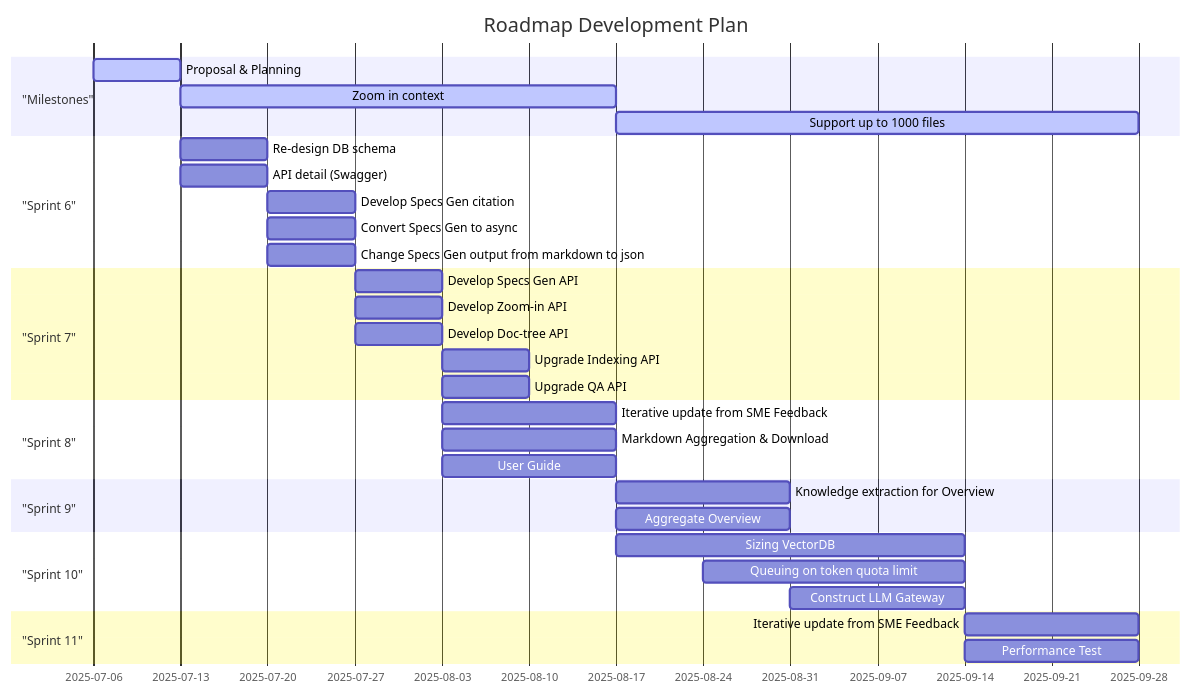
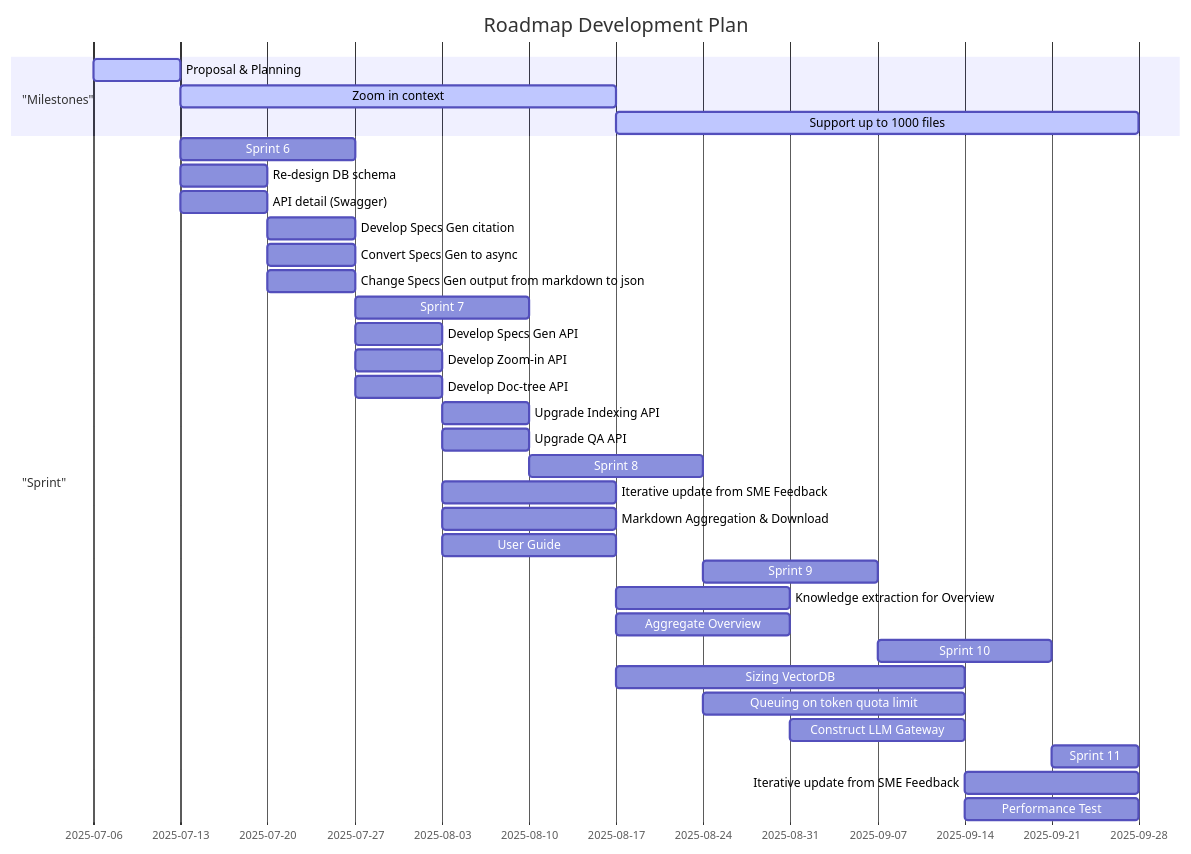
One commit to anhttmle/CAIO changed the diagram in C2B/Phase 2/Roadmap.md. Above: the diagram before and after it, drawn with Mermaid.

````diff
--- a/C2B/Phase 2/Roadmap.md
+++ b/C2B/Phase 2/Roadmap.md
@@ -3,51 +3,51 @@
 ```mermaid
 
 gantt
     title Roadmap Development Plan
     dateFormat  YYYY-MM-DD
     axisFormat  %Y-%m-%d
 
     section "Milestones"
     Proposal & Planning                     :active, zoom, 2025-07-06, 2025-07-13
     Zoom in context                     :active, zoom, 2025-07-13, 2025-08-17
     Support up to 1000 files           :active, scale_up, 2025-08-17, 2025-09-28
 
-    section "Sprint 6"
+    section "Sprint"
+    Sprint 6                        :sprint_6, 2025-07-13, 2025-07-27
     Re-design DB schema                :db_schema, 2025-07-13, 2025-07-20
     API detail (Swagger)            :doc_api, 2025-07-13, 2025-07-20
 
     Develop Specs Gen citation             :citation_api, 2025-07-20, 2025-07-27
     Convert Specs Gen to async         :specs_async, 2025-07-20, 2025-07-27
     Change Specs Gen output from markdown to json             :convert_json, 2025-07-20, 2025-07-27
 
-    section "Sprint 7"
+    Sprint 7                        :sprint_7, 2025-07-27, 2025-08-10
     Develop Specs Gen API   :gen_specs, 2025-07-27, 2025-08-03
     Develop Zoom-in API   :zoom-in, 2025-07-27, 2025-08-03
     Develop Doc-tree API   :doc-tree, 2025-07-27, 2025-08-03
 
     Upgrade Indexing API    :index_api, 2025-08-03, 2025-08-10
     Upgrade QA API    :qa_api, 2025-08-03, 2025-08-10
 
-    section "Sprint 8"
-
+    Sprint 8                        :sprint_8, 2025-08-10, 2025-08-24
     Iterative update from SME Feedback  :optimize, 2025-08-03, 2025-08-17
     Markdown Aggregation & Download   :markdown, 2025-08-03, 2025-08-17
     User Guide          :user-guide, 2025-08-03, 2025-08-17
 
-    section "Sprint 9"
+    Sprint 9                        :sprint_9, 2025-08-24, 2025-09-07
     Knowledge extraction for Overview    :knowledge_extract, 2025-08-17, 2025-08-31
     Aggregate Overview    :aggregate_overview, 2025-08-17, 2025-08-31
 
-    section "Sprint 10"
+    Sprint 10                        :sprint_10, 2025-09-07, 2025-09-21
     Sizing VectorDB    :sizing_vectordb, 2025-08-17, 2025-09-14
     Queuing on token quota limit    :queue_on_limit, 2025-08-24, 2025-09-14
     Construct LLM Gateway    :llm_gateway, 2025-08-31, 2025-09-14
 
-    section "Sprint 11"
+    Sprint 11                        :sprint_11, 2025-09-21, 2025-09-28
     Iterative update from SME Feedback  :optimize, 2025-09-14, 2025-09-28
     Performance Test  :optimize, 2025-09-14, 2025-09-28
 
 
 
 
 ```
````
